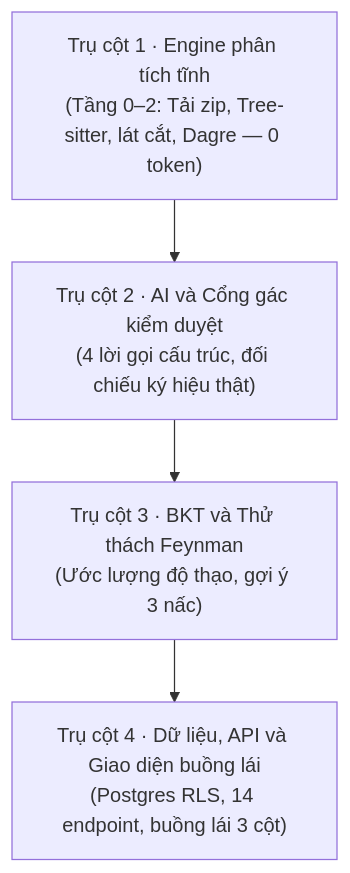
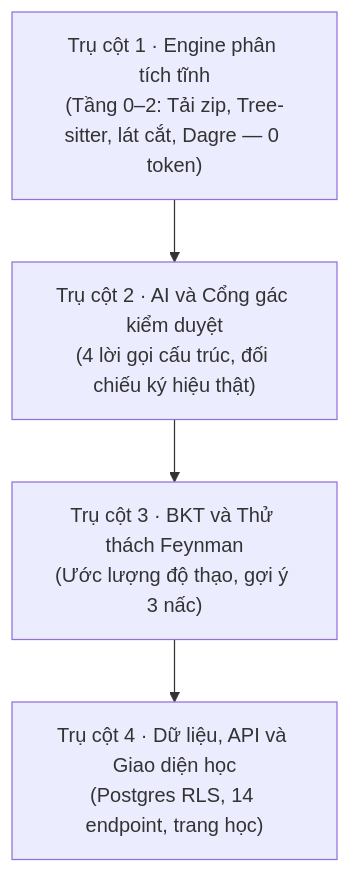
The second of 4 diagrams in doc-de-hieu/00_toan_canh.md (huynhthanhnhannnh-pixel/Hackathon_SGU), drawn with Mermaid before and after one commit. The commit also changed other lines of this file and 10 other files, not shown here.

Commit message:
docs: cập nhật doc-de-hieu, pitch theo giao diện mới và phạm vi bản thi

````diff
--- a/doc-de-hieu/00_toan_canh.md
+++ b/doc-de-hieu/00_toan_canh.md
@@ -41,6 +41,6 @@
 ```mermaid
 flowchart TD
     ENG["Trụ cột 1 · Engine phân tích tĩnh<br/>(Tầng 0–2: Tải zip, Tree-sitter, lát cắt, Dagre — 0 token)"] --> AI["Trụ cột 2 · AI và Cổng gác kiểm duyệt<br/>(4 lời gọi cấu trúc, đối chiếu ký hiệu thật)"]
     AI --> BKT["Trụ cột 3 · BKT và Thử thách Feynman<br/>(Ước lượng độ thạo, gợi ý 3 nấc)"]
-    BKT --> DATA["Trụ cột 4 · Dữ liệu, API và Giao diện buồng lái<br/>(Postgres RLS, 14 endpoint, buồng lái 3 cột)"]
+    BKT --> DATA["Trụ cột 4 · Dữ liệu, API và Giao diện học<br/>(Postgres RLS, 14 endpoint, trang học)"]
 ```
````
